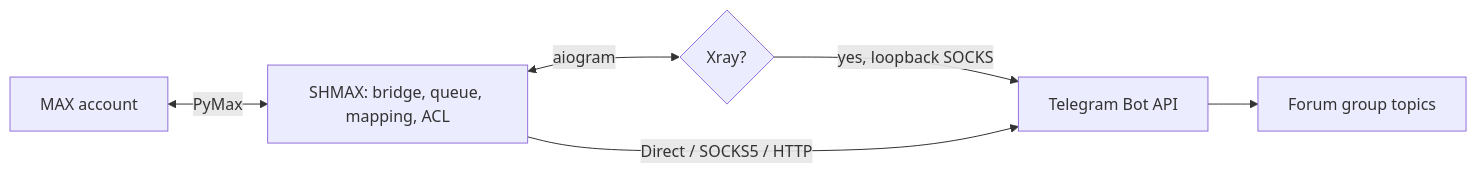
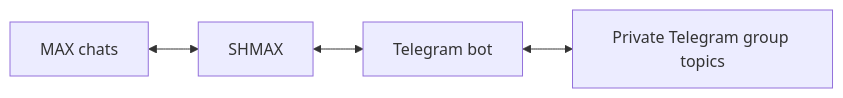
The diagram in README.en.md (SHMAX-Project/SHMAX), drawn with Mermaid before and after one commit. The commit also changed other lines of this file and 7 other files, not shown here.

````diff
--- a/README.en.md
+++ b/README.en.md
@@ -79,8 +37,6 @@
 ```mermaid
 flowchart LR
-    MAX[MAX account] <-->|PyMax| CORE[SHMAX: bridge, queue, mapping, ACL]
-    CORE <-->|aiogram| XRAY{Xray?}
-    XRAY -->|yes, loopback SOCKS| TG[Telegram Bot API]
-    CORE -->|Direct / SOCKS5 / HTTP| TG
-    TG --> FORUM[Forum group topics]
+    MAX[MAX chats] <--> SHMAX[SHMAX]
+    SHMAX <--> BOT[Telegram bot]
+    BOT <--> FORUM[Private Telegram group topics]
 ```
````
